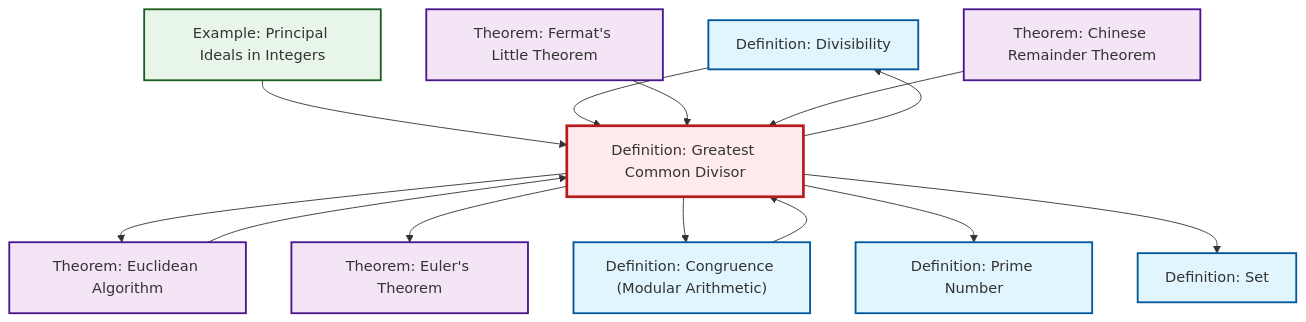
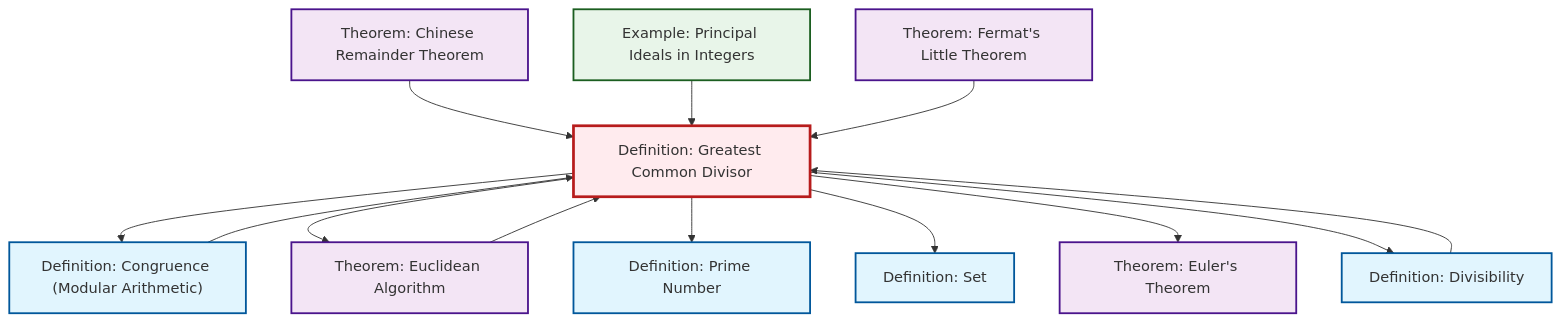
One commit to RK0429/ModernMath changed the second of 2 diagrams in content/ja/number-theory/def-gcd.qmd. Above: the diagram before and after it, drawn with Mermaid. The commit also changed other lines of this file and 597 other files, not shown here.

````diff
--- a/content/ja/number-theory/def-gcd.qmd
+++ b/content/ja/number-theory/def-gcd.qmd
@@ -86,41 +86,41 @@
 ```{mermaid}
 %%| fig-cap: "Local dependency graph"
 graph TD
     classDef definition fill:#e1f5fe,stroke:#01579b,stroke-width:2px
     classDef theorem fill:#f3e5f5,stroke:#4a148c,stroke-width:2px
     classDef axiom fill:#fff3e0,stroke:#e65100,stroke-width:2px
     classDef example fill:#e8f5e9,stroke:#1b5e20,stroke-width:2px
     classDef current fill:#ffebee,stroke:#b71c1c,stroke-width:3px
+    thm-euler["Theorem: Euler's Theorem"]:::theorem
+    def-gcd["Definition: Greatest Common Divisor"]:::definition
+    def-congruence["Definition: Congruence (Modular Arithmetic)"]:::definition
+    thm-fermat-little["Theorem: Fermat's Little Theorem"]:::theorem
+    ex-principal-ideal["Example: Principal Ideals in Integers"]:::example
+    def-set["Definition: Set"]:::definition
+    thm-chinese-remainder["Theorem: Chinese Remainder Theorem"]:::theorem
+    thm-euclidean-algorithm["Theorem: Euclidean Algorithm"]:::theorem
+    def-prime["Definition: Prime Number"]:::definition
     def-divisibility["Definition: Divisibility"]:::definition
-    thm-euclidean-algorithm["Theorem: Euclidean Algorithm"]:::theorem
-    thm-chinese-remainder["Theorem: Chinese Remainder Theorem"]:::theorem
-    def-prime["Definition: Prime Number"]:::definition
-    def-congruence["Definition: Congruence (Modular Arithmetic)"]:::definition
-    thm-euler["Theorem: Euler's Theorem"]:::theorem
-    ex-principal-ideal["Example: Principal Ideals in Integers"]:::example
-    def-gcd["Definition: Greatest Common Divisor"]:::definition
-    def-set["Definition: Set"]:::definition
-    thm-fermat-little["Theorem: Fermat's Little Theorem"]:::theorem
+    thm-chinese-remainder --> def-gcd
+    def-gcd --> def-congruence
     def-gcd --> thm-euclidean-algorithm
+    thm-euclidean-algorithm --> def-gcd
+    def-gcd --> def-prime
+    def-gcd --> def-set
     def-gcd --> thm-euler
+    def-divisibility --> def-gcd
+    def-congruence --> def-gcd
+    def-gcd --> def-divisibility
     ex-principal-ideal --> def-gcd
-    def-gcd --> def-congruence
-    thm-euclidean-algorithm --> def-gcd
-    def-divisibility --> def-gcd
     thm-fermat-little --> def-gcd
-    def-gcd --> def-prime
-    def-gcd --> def-divisibility
-    thm-chinese-remainder --> def-gcd
-    def-gcd --> def-set
-    def-congruence --> def-gcd
     class def-gcd current
-    click def-divisibility "def-divisibility.html" "Definition: Divisibilityへ"
-    click thm-euclidean-algorithm "thm-euclidean-algorithm.html" "Theorem: Euclidean Algorithmへ"
-    click thm-chinese-remainder "thm-chinese-remainder.html" "Theorem: Chinese Remainder Theoremへ"
-    click def-prime "def-prime.html" "Definition: Prime Numberへ"
+    click thm-euler "thm-euler.html" "Theorem: Euler's Theoremへ"
     click def-congruence "def-congruence.html" "Definition: Congruence (Modular Arithmetic)へ"
-    click thm-euler "thm-euler.html" "Theorem: Euler's Theoremへ"
+    click thm-fermat-little "thm-fermat-little.html" "Theorem: Fermat's Little Theoremへ"
     click ex-principal-ideal "ex-principal-ideal.html" "Example: Principal Ideals in Integersへ"
     click def-set "def-set.html" "Definition: Setへ"
-    click thm-fermat-little "thm-fermat-little.html" "Theorem: Fermat's Little Theoremへ"
+    click thm-chinese-remainder "thm-chinese-remainder.html" "Theorem: Chinese Remainder Theoremへ"
+    click thm-euclidean-algorithm "thm-euclidean-algorithm.html" "Theorem: Euclidean Algorithmへ"
+    click def-prime "def-prime.html" "Definition: Prime Numberへ"
+    click def-divisibility "def-divisibility.html" "Definition: Divisibilityへ"
 ```
````
